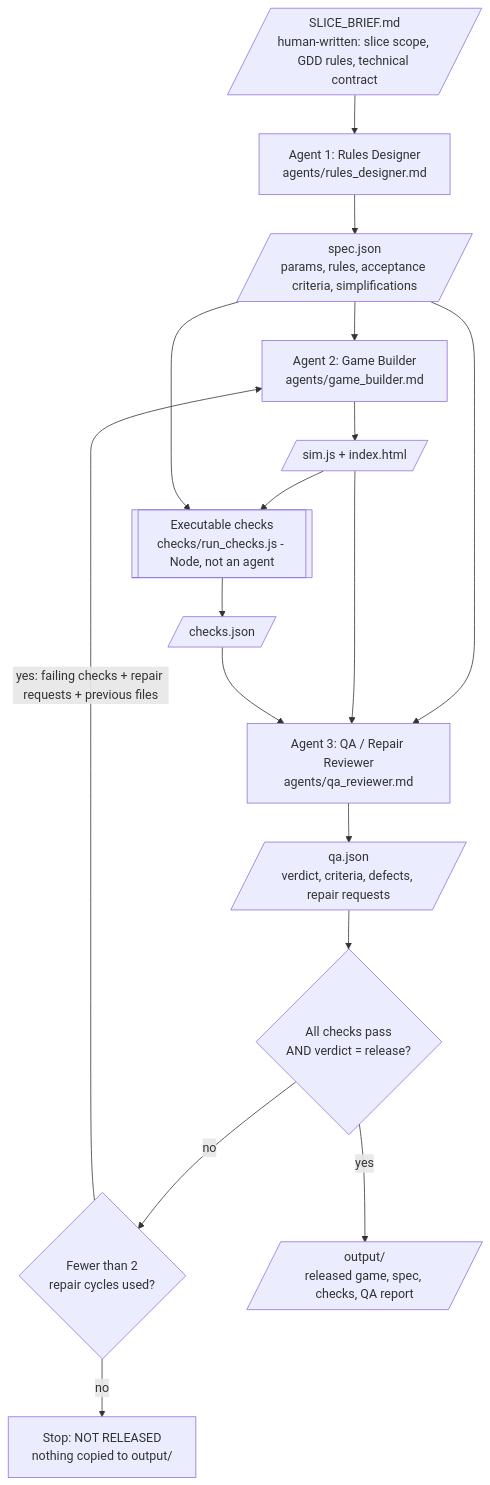
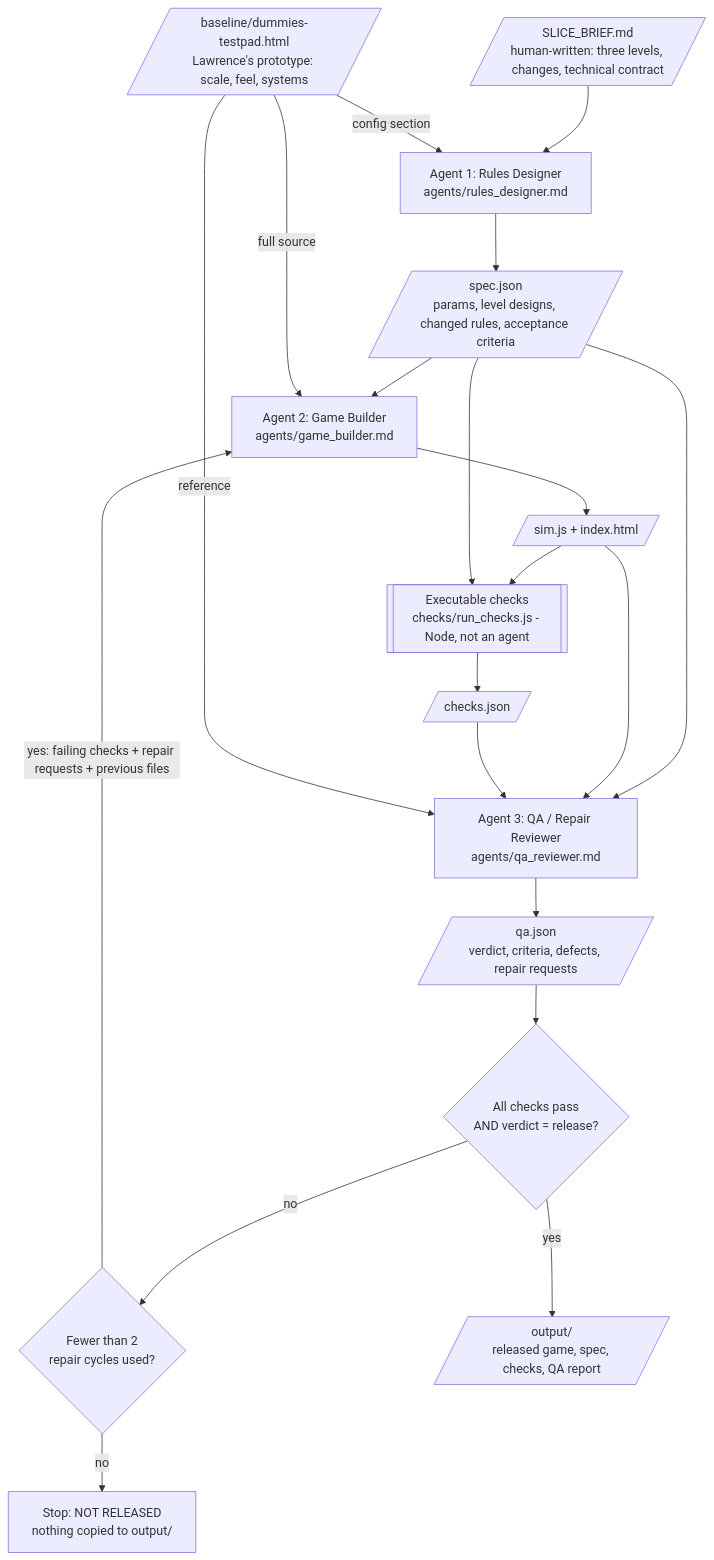
Before and after one commit to lawrencelek/ELVTR-dummies-agent-crew: the diagram in README.md, drawn with Mermaid. The commit also changed other lines of this file and 68 other files, not shown here.

First line of the commit message:
Rebuild as a three-level vertical slice ported from the Testpad

````diff
--- a/README.md
+++ b/README.md
@@ -34,30 +42,36 @@
 ```mermaid
 flowchart TD
-    BRIEF[/"SLICE_BRIEF.md<br/>human-written: slice scope, GDD rules, technical contract"/]
+    BRIEF[/"SLICE_BRIEF.md<br/>human-written: three levels, changes, technical contract"/]
+    BASE[/"baseline/dummies-testpad.html<br/>Lawrence's prototype: scale, feel, systems"/]
     D["Agent 1: Rules Designer<br/>agents/rules_designer.md"]
-    SPEC[/"spec.json<br/>params, rules, acceptance criteria, simplifications"/]
+    SPEC[/"spec.json<br/>params, level designs, changed rules, acceptance criteria"/]
     B["Agent 2: Game Builder<br/>agents/game_builder.md"]
     BUILD[/"sim.js + index.html"/]
     C[["Executable checks<br/>checks/run_checks.js - Node, not an agent"]]
     CR[/"checks.json"/]
     Q["Agent 3: QA / Repair Reviewer<br/>agents/qa_reviewer.md"]
     QA[/"qa.json<br/>verdict, criteria, defects, repair requests"/]
     G{"All checks pass<br/>AND verdict = release?"}
     L{"Fewer than 2<br/>repair cycles used?"}
     OUT[/"output/<br/>released game, spec, checks, QA report"/]
     FAIL["Stop: NOT RELEASED<br/>nothing copied to output/"]
 
-    BRIEF --> D --> SPEC
-    SPEC --> B --> BUILD
+    BRIEF --> D
+    BASE -- "config section" --> D
+    D --> SPEC
+    SPEC --> B
+    BASE -- "full source" --> B
+    B --> BUILD
     BUILD --> C
     SPEC --> C
     C --> CR
     SPEC --> Q
     BUILD --> Q
     CR --> Q
+    BASE -- "reference" --> Q
     Q --> QA --> G
     G -- yes --> OUT
     G -- no --> L
     L -- "yes: failing checks + repair requests + previous files" --> B
     L -- no --> FAIL
 ```
````
